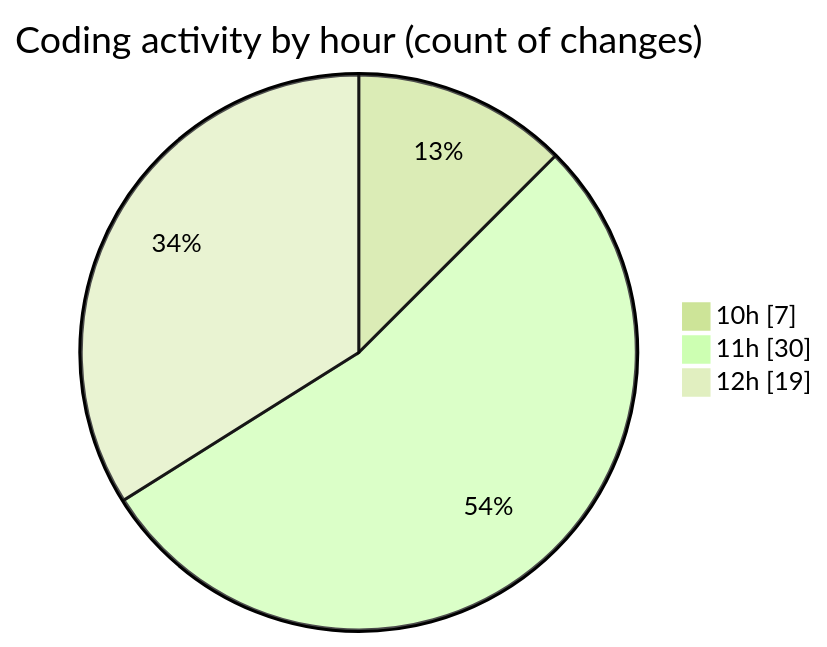
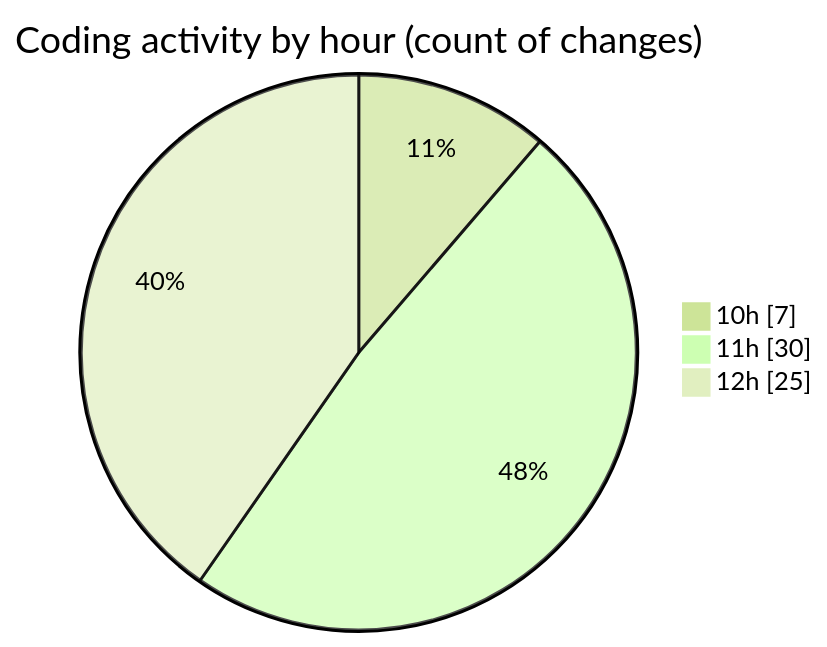
Before and after one commit to momahboobian/code-tracking: the second of 2 diagrams in 2025-06-26/cda/README.md, drawn with Mermaid (forest theme). The commit also changed other lines of this file and 1 other file, not shown here.

````diff
--- a/2025-06-26/cda/README.md
+++ b/2025-06-26/cda/README.md
@@ -34,7 +34,7 @@
 ```mermaid
 pie showData
 title Coding activity by hour (count of changes)
 "10h" : 7
 "11h" : 30
-"12h" : 19
+"12h" : 25
 ```
````
